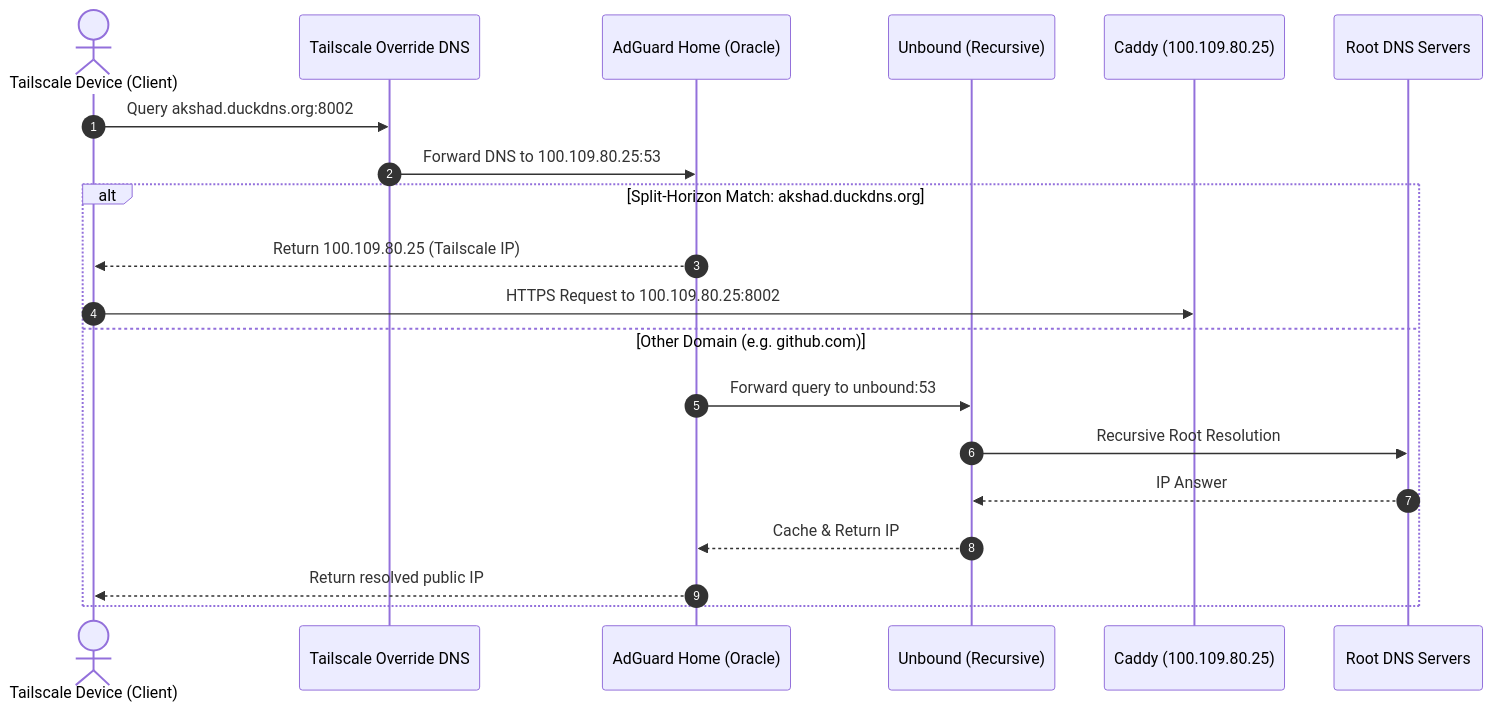
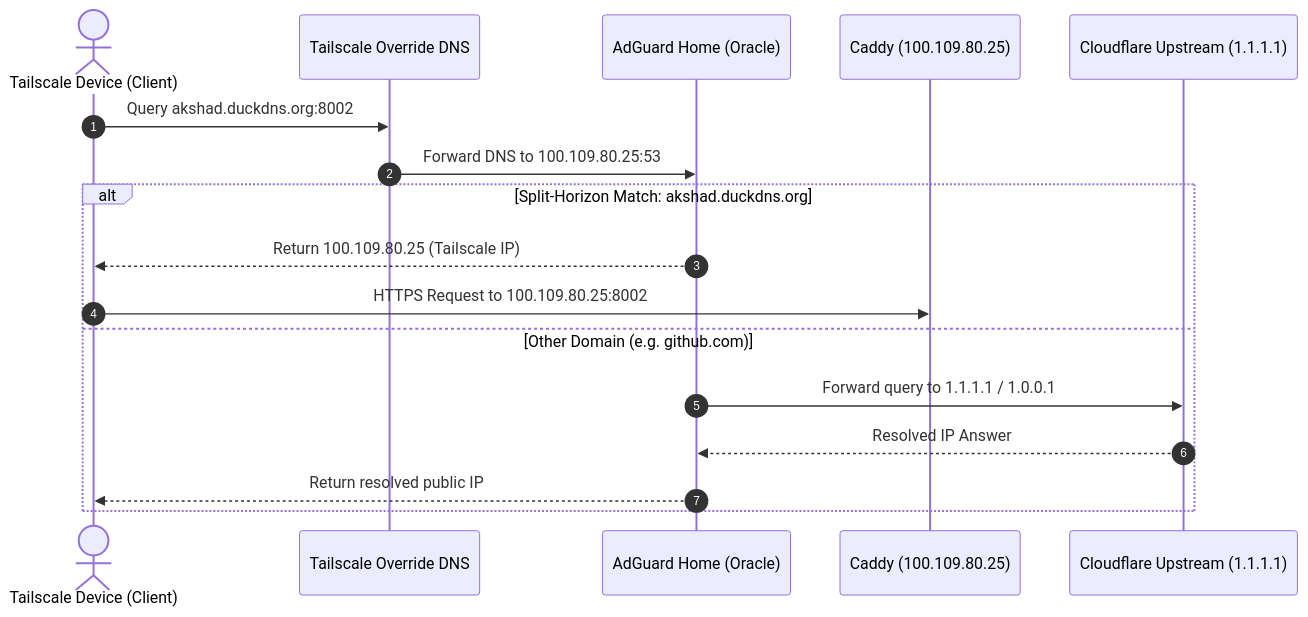
The diagram in diagrams/dns_flow.mmd (Akshad135/homelab), drawn with Mermaid before and after one commit. The commit also changed 8 other files, not shown here.

Commit message:
chore: remove unbound and switch AdGuard upstream to Cloudflare 1.1.1.1

```diff
--- a/diagrams/dns_flow.mmd
+++ b/diagrams/dns_flow.mmd
@@ -1,21 +1,18 @@
 sequenceDiagram
     autonumber
     actor Device as Tailscale Device (Client)
     participant Tailscale as Tailscale Override DNS
     participant AdGuard as AdGuard Home (Oracle)
-    participant Unbound as Unbound (Recursive)
     participant Caddy as Caddy (100.109.80.25)
-    participant Root as Root DNS Servers
+    participant Cloudflare as Cloudflare Upstream (1.1.1.1)
 
     Device->>Tailscale: Query akshad.duckdns.org:8002
     Tailscale->>AdGuard: Forward DNS to 100.109.80.25:53
     alt Split-Horizon Match: akshad.duckdns.org
         AdGuard-->>Device: Return 100.109.80.25 (Tailscale IP)
         Device->>Caddy: HTTPS Request to 100.109.80.25:8002
     else Other Domain (e.g. github.com)
-        AdGuard->>Unbound: Forward query to unbound:53
-        Unbound->>Root: Recursive Root Resolution
-        Root-->>Unbound: IP Answer
-        Unbound-->>AdGuard: Cache & Return IP
+        AdGuard->>Cloudflare: Forward query to 1.1.1.1 / 1.0.0.1
+        Cloudflare-->>AdGuard: Resolved IP Answer
         AdGuard-->>Device: Return resolved public IP
     end
```
